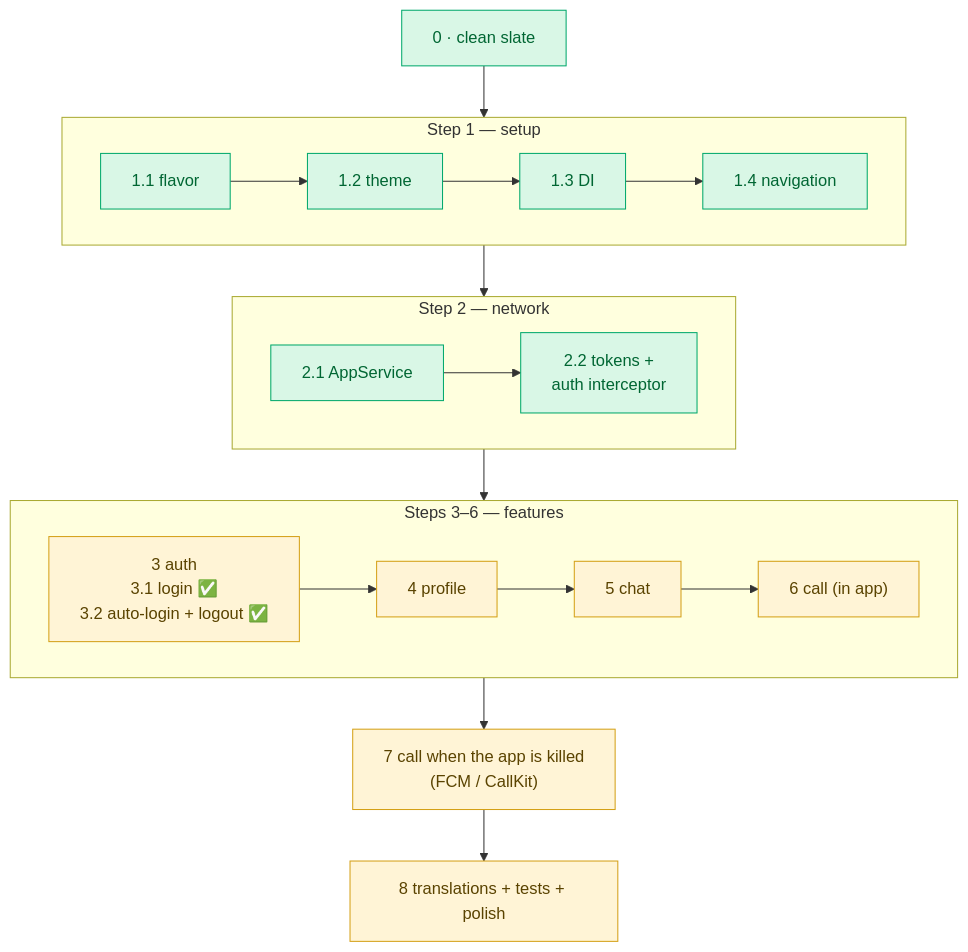
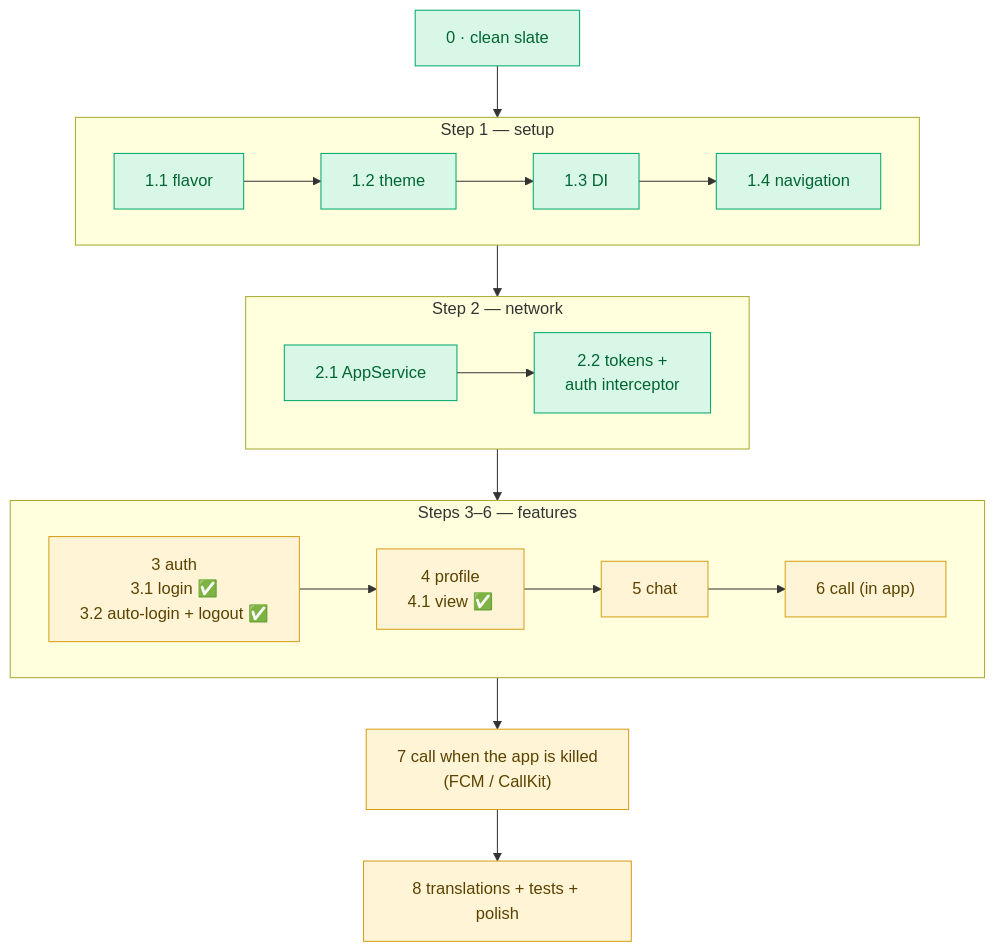
The third of 3 diagrams in docs/learning/REBUILD/README.md (krouchvanyda/erp_flutter_claude), drawn with Mermaid before and after one commit. The commit also changed other lines of this file and 25 other files, not shown here.

````diff
--- a/docs/learning/REBUILD/README.md
+++ b/docs/learning/REBUILD/README.md
@@ -73,26 +73,26 @@
 ```mermaid
 flowchart TD
     S0["0 · clean slate"] --> STEP1
     subgraph STEP1["Step 1 — setup"]
         direction LR
         S11["1.1 flavor"] --> S12["1.2 theme"] --> S13["1.3 DI"] --> S14["1.4 navigation"]
     end
     STEP1 --> STEP2
     subgraph STEP2["Step 2 — network"]
         direction LR
         S21["2.1 AppService"] --> S22["2.2 tokens +<br/>auth interceptor"]
     end
     STEP2 --> FEATS
     subgraph FEATS["Steps 3–6 — features"]
         direction LR
-        S3["3 auth<br/>3.1 login ✅<br/>3.2 auto-login + logout ✅"] --> S4["4 profile"] --> S5["5 chat"] --> S6["6 call (in app)"]
+        S3["3 auth<br/>3.1 login ✅<br/>3.2 auto-login + logout ✅"] --> S4["4 profile<br/>4.1 view ✅"] --> S5["5 chat"] --> S6["6 call (in app)"]
     end
     FEATS --> S7["7 call when the app is killed<br/>(FCM / CallKit)"] --> S8["8 translations + tests + polish"]
     class S0,S11,S12,S13,S14,S21,S22 ok
     class S3,S4,S5,S6,S7,S8 wait
     classDef app fill:#dbe9ff,stroke:#3b6fd8,color:#123
     classDef ok fill:#d9f7e6,stroke:#00a86b,color:#063
     classDef wait fill:#fff4d6,stroke:#d4a017,color:#5a4300
     classDef none fill:#eeeeee,stroke:#999,color:#555
     classDef err fill:#fde2e2,stroke:#d64545,color:#611
 ```
````
